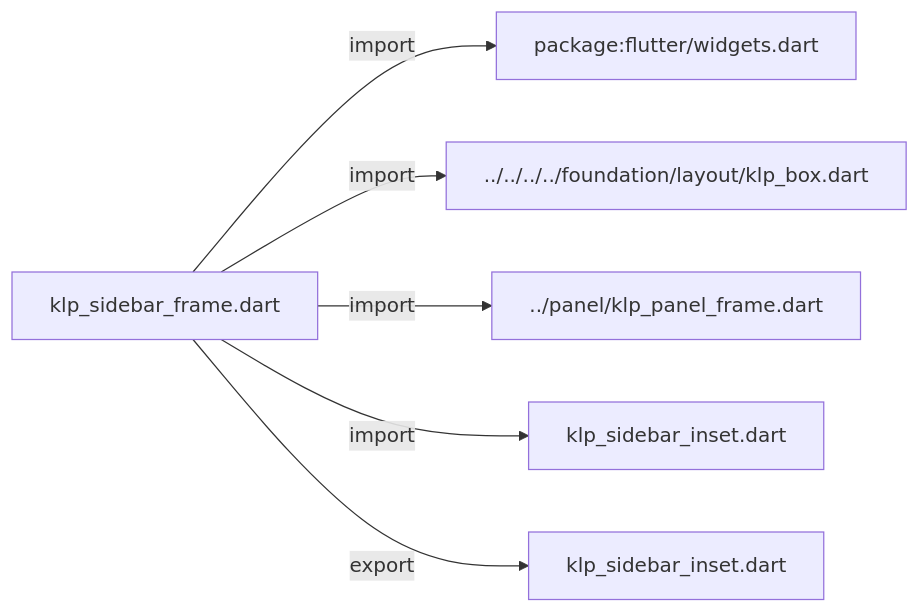
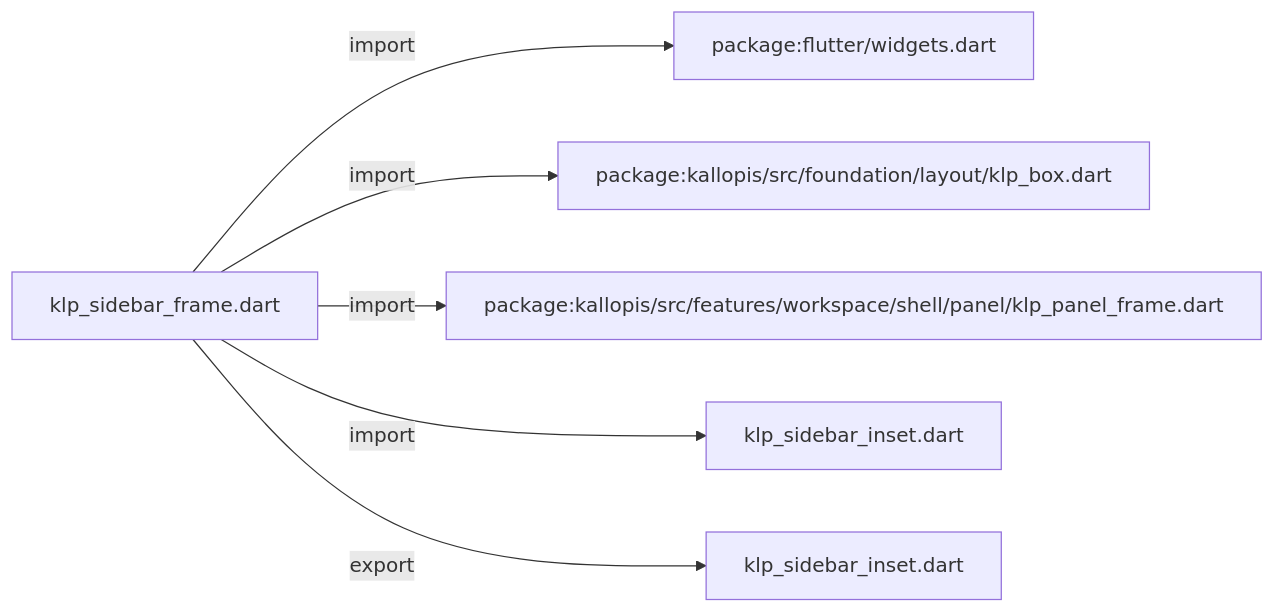
Before and after one commit to MiuDog/Kallopis: the first of 3 diagrams in docs/architecture/src/features/workspace/shell/sidebar/klp_sidebar_frame.md, drawn with Mermaid. The commit also changed other lines of this file and 9688 other files, not shown here.

Commit message:
Prepare isolated Flow F2 peer baseline

````diff
--- a/docs/architecture/src/features/workspace/shell/sidebar/klp_sidebar_frame.md
+++ b/docs/architecture/src/features/workspace/shell/sidebar/klp_sidebar_frame.md
@@ -11,14 +11,14 @@
 ```mermaid
 flowchart LR
 	n0["klp_sidebar_frame.dart"]
 	n1["package:flutter/widgets.dart"]
-	n2["../../../../foundation/layout/klp_box.dart"]
-	n3["../panel/klp_panel_frame.dart"]
+	n2["package:kallopis/src/foundation/layout/klp_box.dart"]
+	n3["package:kallopis/src/features/workspace/shell/panel/klp_panel_frame.dart"]
 	n4["klp_sidebar_inset.dart"]
 	n5["klp_sidebar_inset.dart"]
 	n0 -->|"import"| n1
 	n0 -->|"import"| n2
 	n0 -->|"import"| n3
 	n0 -->|"import"| n4
 	n0 -->|"export"| n5
 ```
````
